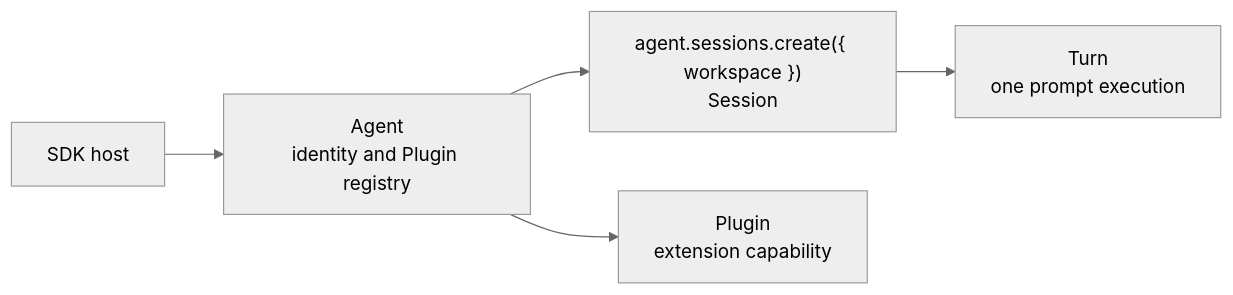
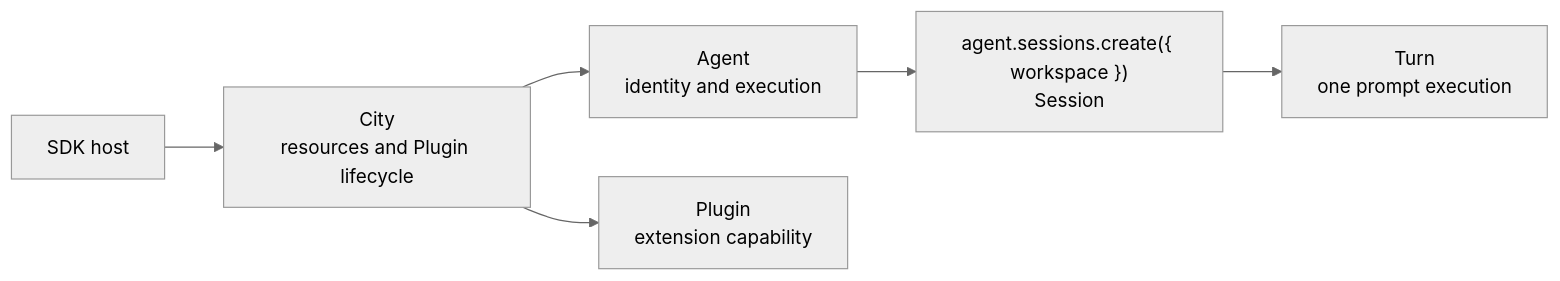
One commit to genesiscosmos/downcity changed the diagram in homepage/content/agent-sdk-docs/en/index.mdx. Above: the diagram before and after it, drawn with Mermaid (neutral theme). The commit also changed other lines of this file and 589 other files, not shown here.

Commit message:
refactor(city): own plugin and workspace runtimes

````diff
--- a/homepage/content/agent-sdk-docs/en/index.mdx
+++ b/homepage/content/agent-sdk-docs/en/index.mdx
@@ -12,7 +14,8 @@
 ```mermaid
 flowchart LR
-    Host["SDK host"] --> Agent["Agent<br/>identity and Plugin registry"]
+    Host["SDK host"] --> City["City<br/>resources and Plugin lifecycle"]
+    City --> Agent["Agent<br/>identity and execution"]
     Agent --> Session["agent.sessions.create({ workspace })<br/>Session"]
     Session --> Turn["Turn<br/>one prompt execution"]
-    Agent --> Plugin["Plugin<br/>extension capability"]
+    City --> Plugin["Plugin<br/>extension capability"]
 ```
````
